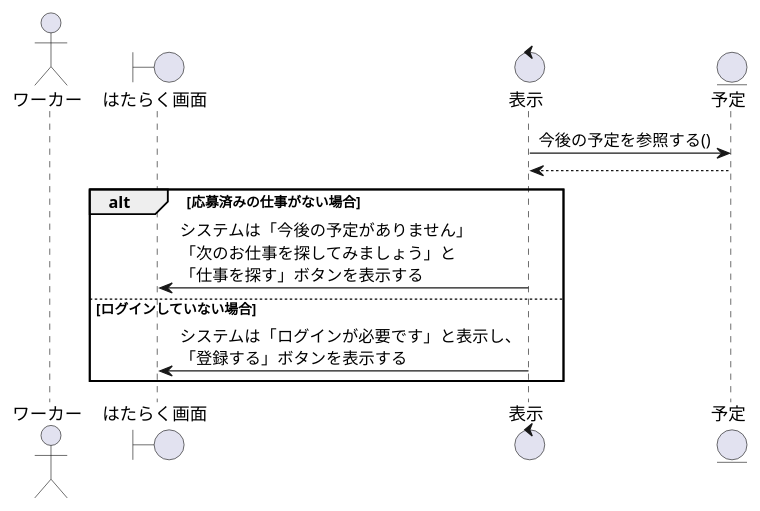
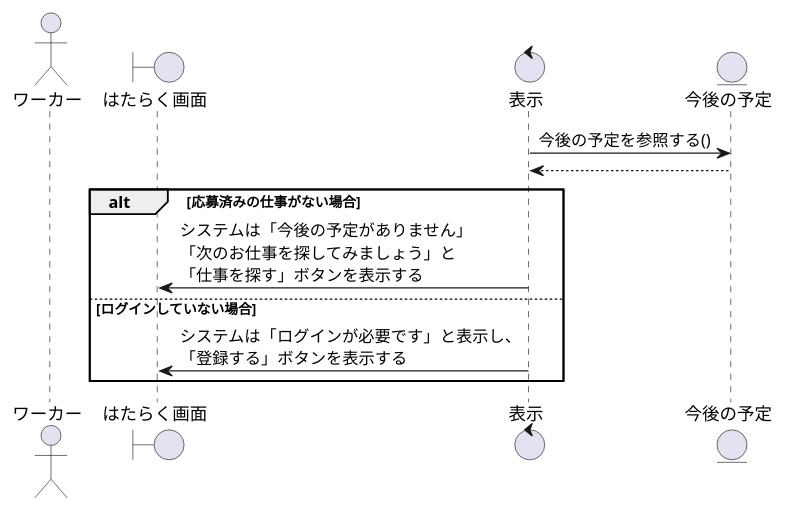
Before and after one commit to irukacb256/high_Me: the diagram in sequence_fig/5_work_fn/1_今後の予定を閲覧する.pu, drawn with PlantUML. The commit also changed 39 other files, not shown here.

```diff
--- a/sequence_fig/5_work_fn/1_今後の予定を閲覧する.pu
+++ b/sequence_fig/5_work_fn/1_今後の予定を閲覧する.pu
@@ -1,20 +1,20 @@
 @startuml 今後の予定を閲覧する
 ' 1
 actor ワーカー as wo1
 boundary はたらく画面 as wk1
 control 表示 as co1
 
-entity 予定 as sh1
+entity 今後の予定 as sh1
 
 ' 2
 co1 -> sh1 : 今後の予定を参照する()
 co1 <-- sh1
 alt 応募済みの仕事がない場合
     co1 -> wk1 : システムは「今後の予定がありません」\n「次のお仕事を探してみましょう」と\n「仕事を探す」ボタンを表示する
 
 else ログインしていない場合
     co1 -> wk1 : システムは「ログインが必要です」と表示し、\n「登録する」ボタンを表示する
 
 end
 
 @enduml
```
